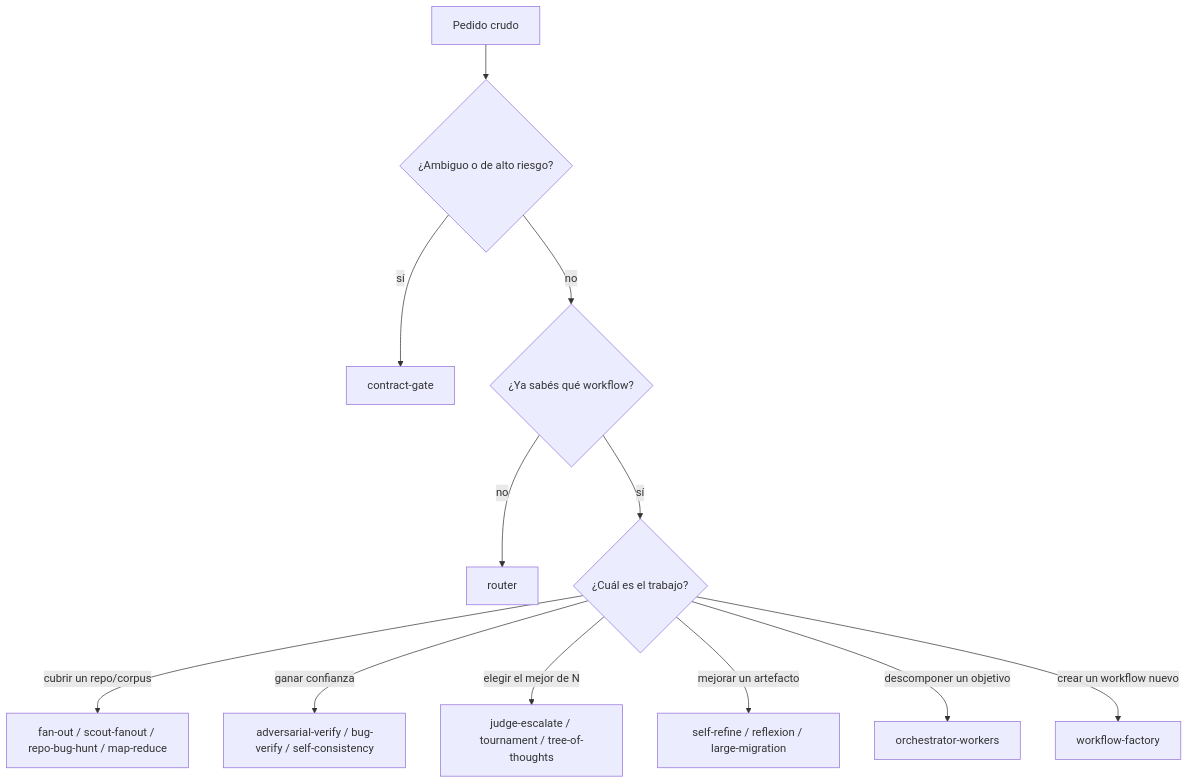
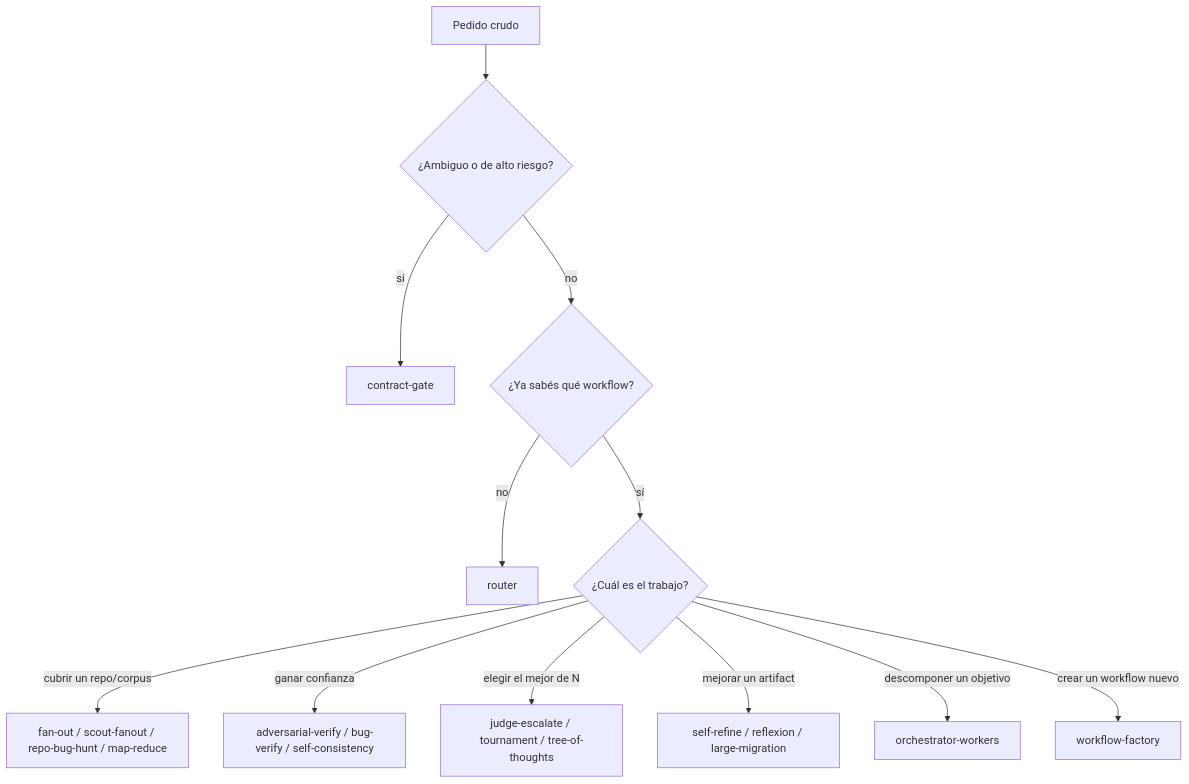
One commit to andrestobelem/pandi-extensions changed the second of 5 diagrams in .claude/skills/dynamic-workflows/reference/scaffold-catalog.md. Above: the diagram before and after it, drawn with Mermaid. The commit also changed other lines of this file and 38 other files, not shown here.

````diff
--- a/.claude/skills/dynamic-workflows/reference/scaffold-catalog.md
+++ b/.claude/skills/dynamic-workflows/reference/scaffold-catalog.md
@@ -125,14 +125,14 @@
 ```mermaid
 flowchart TD
   A[Pedido crudo] --> B{¿Ambiguo o de alto riesgo?}
   B -- sí --> CG[contract-gate]
   B -- no --> C{¿Ya sabés qué workflow?}
   C -- no --> RT[router]
   C -- sí --> D{¿Cuál es el trabajo?}
   D -- cubrir un repo/corpus --> E[fan-out / scout-fanout / repo-bug-hunt / map-reduce]
   D -- ganar confianza --> F[adversarial-verify / bug-verify / self-consistency]
   D -- elegir el mejor de N --> G[judge-escalate / tournament / tree-of-thoughts]
-  D -- mejorar un artefacto --> H[self-refine / reflexion / large-migration]
+  D -- mejorar un artifact --> H[self-refine / reflexion / large-migration]
   D -- descomponer un objetivo --> I[orchestrator-workers]
   D -- crear un workflow nuevo --> J[workflow-factory]
 ```
````
